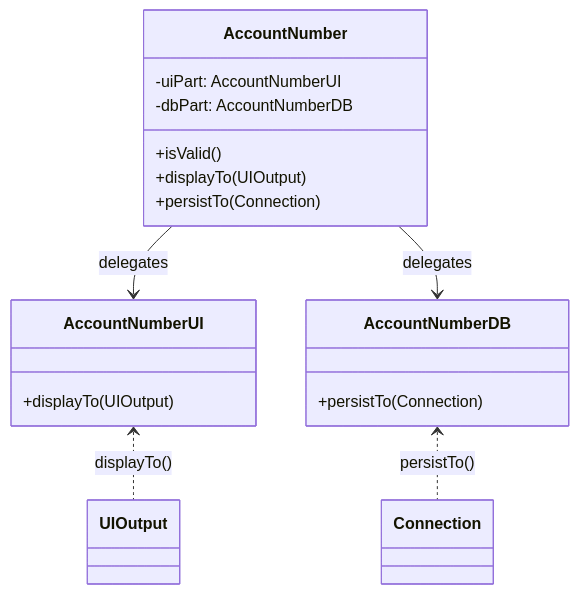
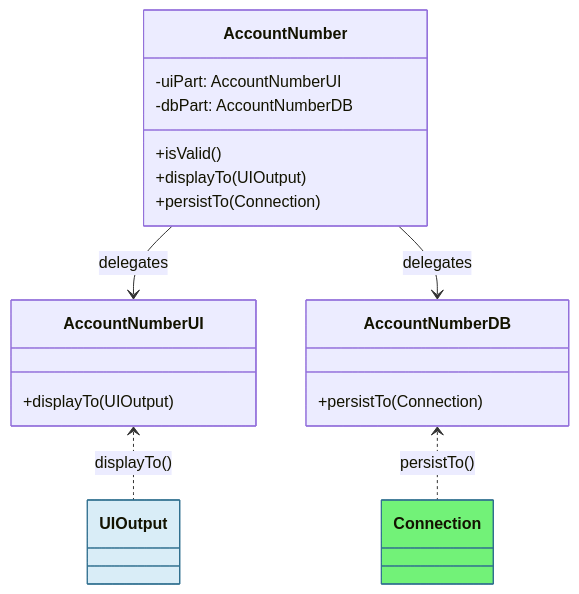
Before and after one commit to andreas-wagner-dev/object-oriented-learning-journey: the fourth of 5 diagrams in blog/ui/Classic-DDD-vs-OOP-UI-Persistence-FINAL.md, drawn with Mermaid. The commit also changed other lines of this file, not shown here.

````diff
--- a/blog/ui/Classic-DDD-vs-OOP-UI-Persistence-FINAL.md
+++ b/blog/ui/Classic-DDD-vs-OOP-UI-Persistence-FINAL.md
@@ -210,20 +335,23 @@
 ```mermaid
 classDiagram
     class AccountNumber {
         -uiPart: AccountNumberUI
         -dbPart: AccountNumberDB
         +isValid()
         +displayTo(UIOutput)
         +persistTo(Connection)
     }
     class AccountNumberUI {
         +displayTo(UIOutput)
     }
     class AccountNumberDB {
         +persistTo(Connection)
     }
     AccountNumber --> AccountNumberUI : delegates
     AccountNumber --> AccountNumberDB : delegates
     AccountNumberUI <.. UIOutput : displayTo()
     AccountNumberDB <.. Connection : persistTo()
+
+   style UIOutput fill:#d9edf7,stroke:#31708f
+   style Connection fill:#72f278,stroke:#31708f
 ```
````
